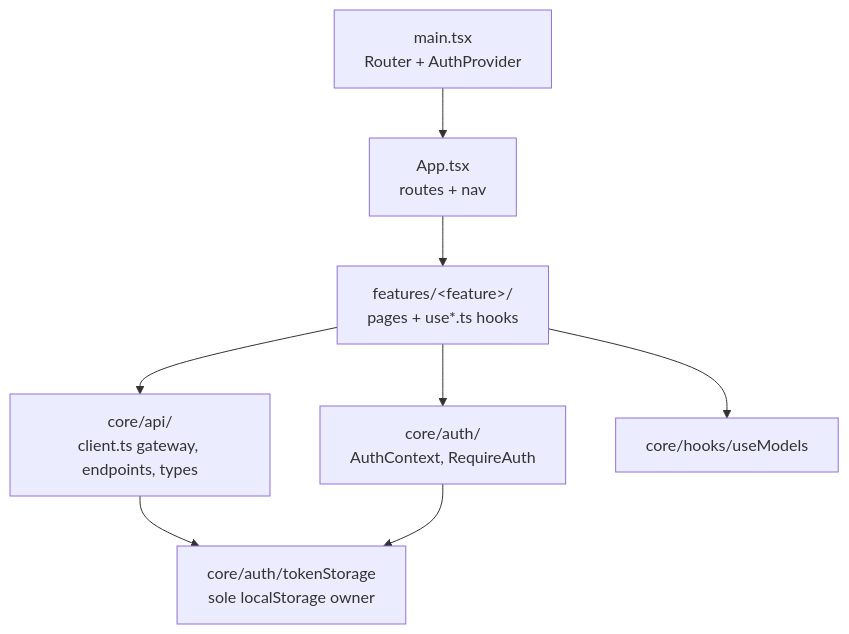
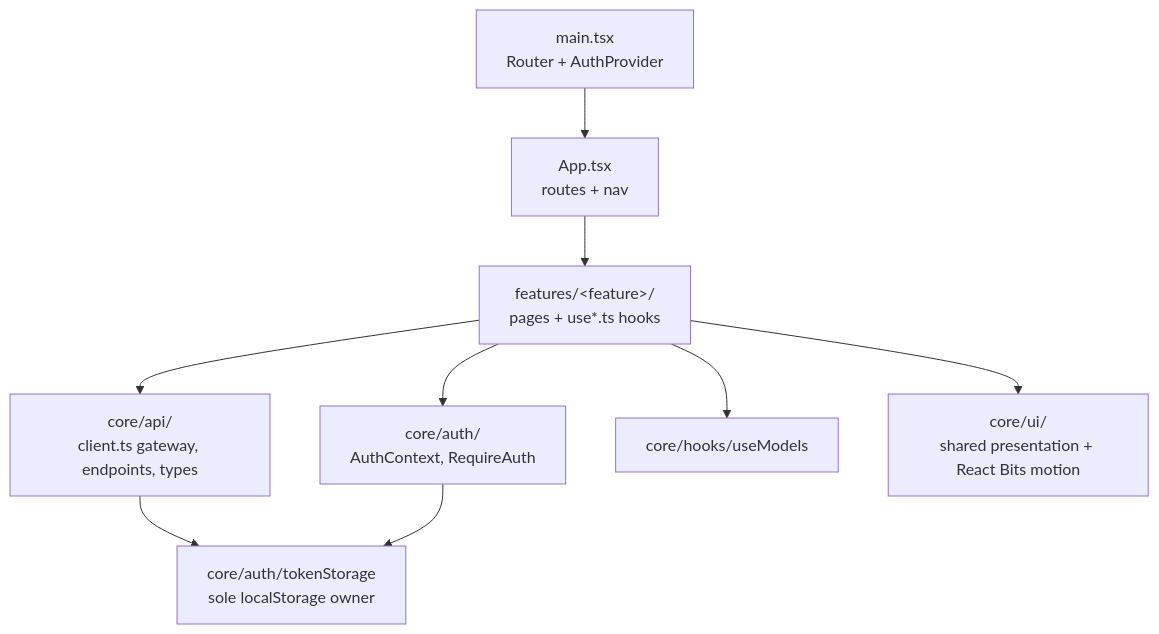
The third of 4 diagrams in docs/architecture.md (Fezzaioussama/AIMIx), drawn with Mermaid before and after one commit. The commit also changed 57 other files, not shown here.

````diff
--- a/docs/architecture.md
+++ b/docs/architecture.md
@@ -53,10 +53,11 @@
 ```mermaid
 graph TD
     main["main.tsx<br/>Router + AuthProvider"] --> App["App.tsx<br/>routes + nav"]
     App --> features["features/&lt;feature&gt;/<br/>pages + use*.ts hooks"]
     features --> coreapi["core/api/<br/>client.ts gateway, endpoints, types"]
     features --> coreauth["core/auth/<br/>AuthContext, RequireAuth"]
     features --> corehooks["core/hooks/useModels"]
+    features --> coreui["core/ui/<br/>shared presentation + React Bits motion"]
     coreapi --> tokens["core/auth/tokenStorage<br/>sole localStorage owner"]
     coreauth --> tokens
 ```
````
